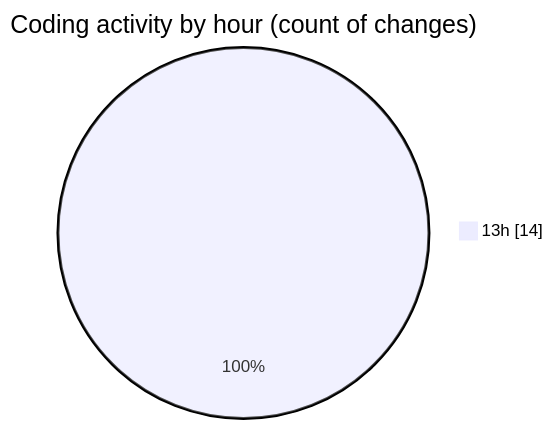
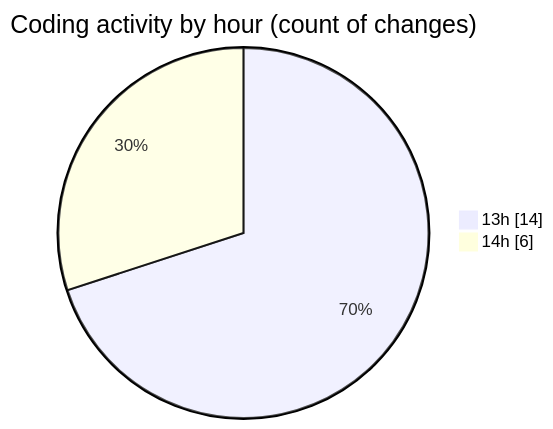
The second of 2 diagrams in 2025-04-27/portfolio/README.md (Ritupan-Deka/code-tracking), drawn with Mermaid before and after one commit. The commit also changed other lines of this file and 1 other file, not shown here.

````diff
--- a/2025-04-27/portfolio/README.md
+++ b/2025-04-27/portfolio/README.md
@@ -30,5 +30,6 @@
 ```mermaid
 pie showData
 title Coding activity by hour (count of changes)
 "13h" : 14
+"14h" : 6
 ```
````
